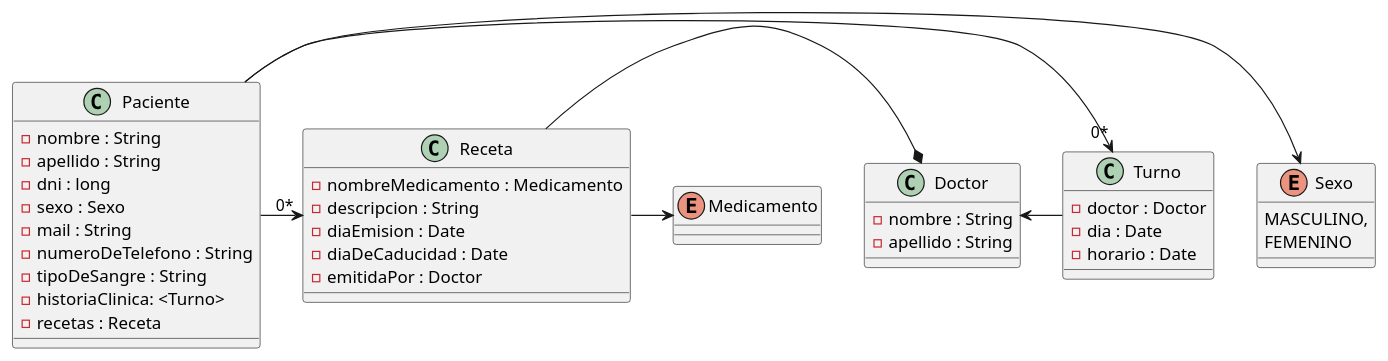
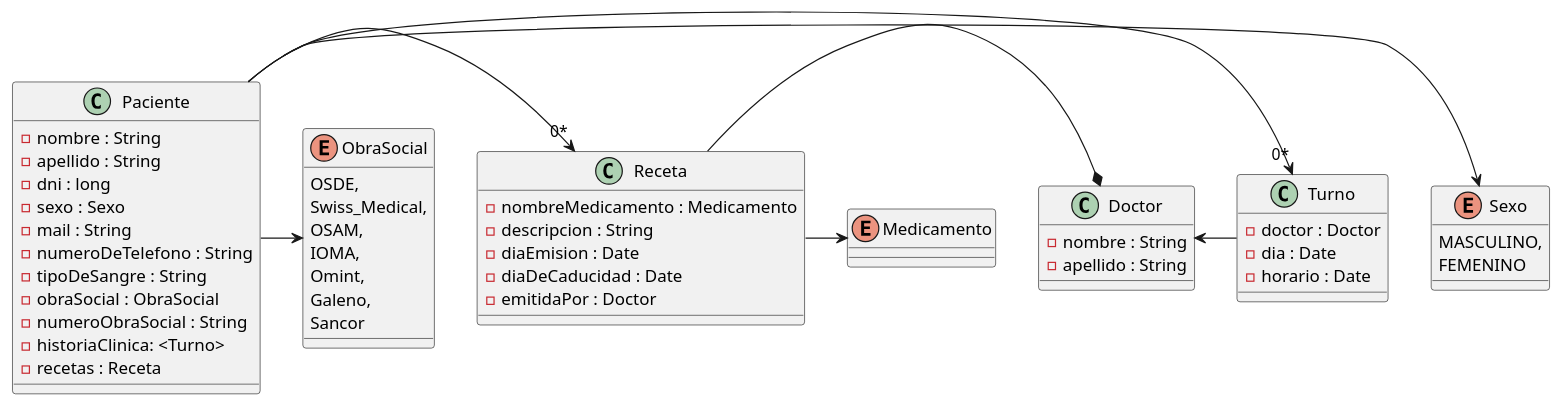
One commit to Agusgallegos16/Clinical-Appointment-Platform changed the diagram in Diagramas/clasesGestionDePacientes.puml. Above: the diagram before and after it, drawn with PlantUML. The commit also changed 12 other files, not shown here.

```diff
--- a/Diagramas/clasesGestionDePacientes.puml
+++ b/Diagramas/clasesGestionDePacientes.puml
@@ -1,51 +1,63 @@
 @startuml
 class Paciente{
     - nombre : String
     - apellido : String
     - dni : long
     - sexo : Sexo
     - mail : String
     - numeroDeTelefono : String
     - tipoDeSangre : String
+    - obraSocial : ObraSocial
+    - numeroObraSocial : String
     - historiaClinica: <Turno>
     - recetas : Receta
 }
 
 enum Sexo{
     MASCULINO,
     FEMENINO
+}
+
+enum ObraSocial{
+    OSDE,
+    Swiss_Medical,
+    OSAM,
+    IOMA,
+    Omint,
+    Galeno,
+    Sancor
 }
 
 class Doctor{
     - nombre : String
     - apellido : String
 }
 
 class Turno{
     - doctor : Doctor
     - dia : Date
     - horario : Date
 }
 
 class Receta{
     - nombreMedicamento : Medicamento
     - descripcion : String
     - diaEmision : Date
     - diaDeCaducidad : Date
     - emitidaPor : Doctor
 }
 
 enum Medicamento{
 
 }
 
 Paciente -> Sexo
 Paciente ->"0*" Turno
 Doctor <- Turno
 Receta -* Doctor
 Receta -> Medicamento
 Paciente -> "0*" Receta
-
+Paciente -> ObraSocial
 
 
 @enduml
```
